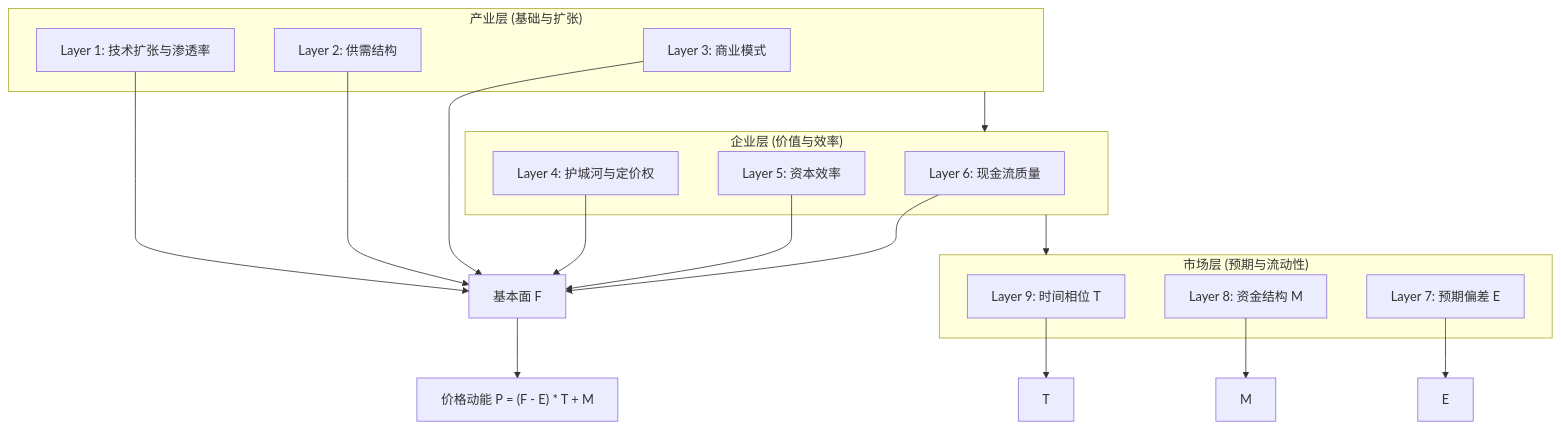
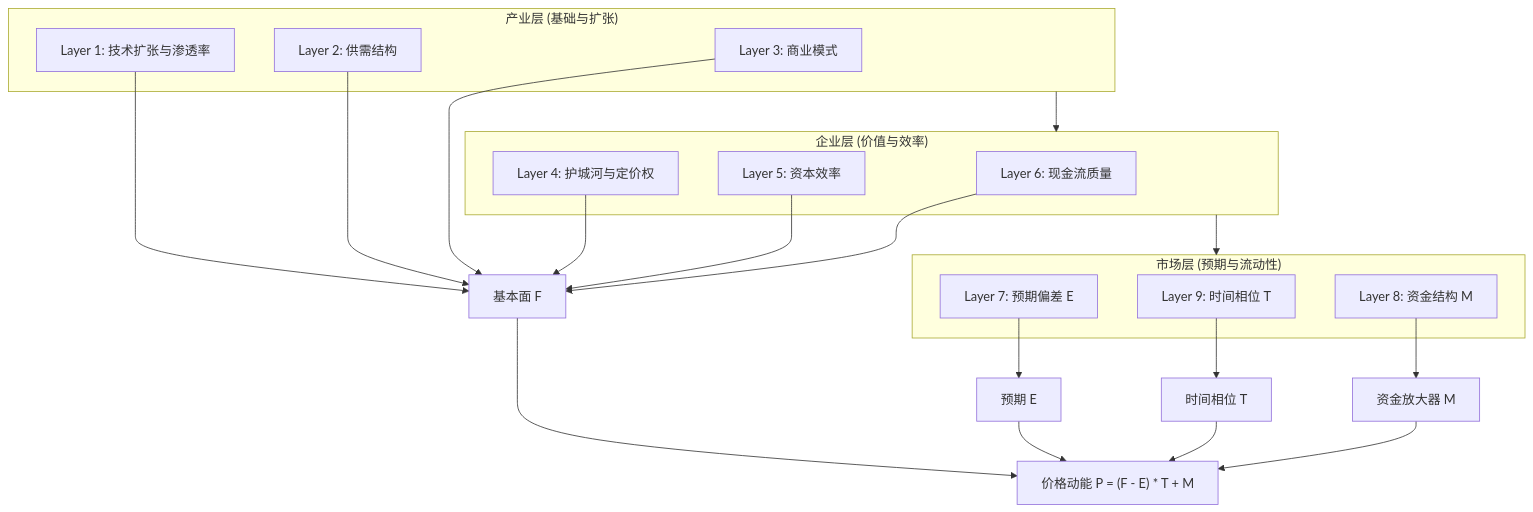
The diagram in docs/ai_cloud_capital_efficiency_model.md (niuchangsheng/aipt), drawn with Mermaid before and after one commit.

Commit message:
docs: optimize mermaid diagram for formula variable links

````diff
--- a/docs/ai_cloud_capital_efficiency_model.md
+++ b/docs/ai_cloud_capital_efficiency_model.md
@@ -7,29 +7,30 @@
 ```mermaid
 graph TD
     subgraph Market_Layer ["市场层 (预期与流动性)"]
         L9[Layer 9: 时间相位 T]
         L8[Layer 8: 资金结构 M]
         L7[Layer 7: 预期偏差 E]
     end
 
     subgraph Company_Layer ["企业层 (价值与效率)"]
         L6[Layer 6: 现金流质量]
         L5[Layer 5: 资本效率]
         L4[Layer 4: 护城河与定价权]
     end
 
     subgraph Industry_Layer ["产业层 (基础与扩张)"]
         L3[Layer 3: 商业模式]
         L2[Layer 2: 供需结构]
         L1[Layer 1: 技术扩张与渗透率]
     end
 
     Industry_Layer --> Company_Layer
     Company_Layer --> Market_Layer
     
     L1 & L2 & L3 & L4 & L5 & L6 --> F[基本面 F]
-    F --> PricingFormula["价格动能 P = (F - E) * T + M"]
-    L7 --> E
-    L9 --> T
-    L8 --> M
+    L7 --> E[预期 E]
+    L9 --> T[时间相位 T]
+    L8 --> M[资金放大器 M]
+    
+    F & E & T & M --> PricingFormula["价格动能 P = (F - E) * T + M"]
 ```
````
